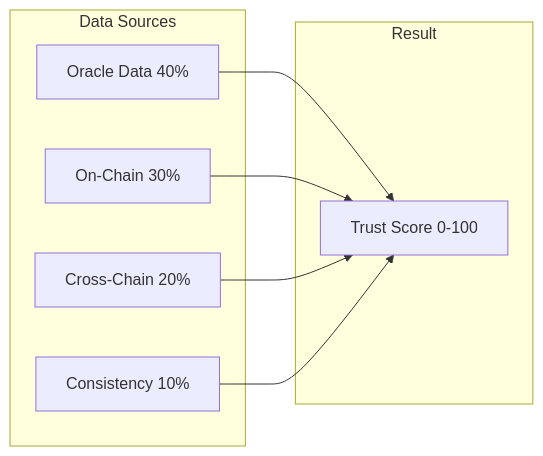
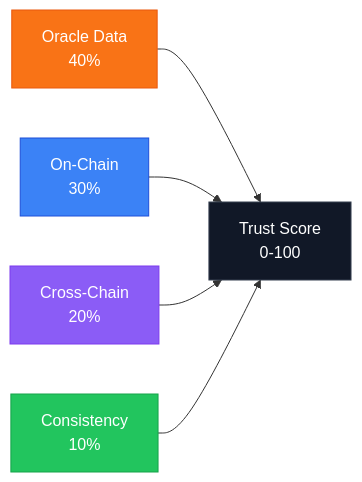
Before and after one commit to yashodipmore/VeriChain-Identity-Protocol: the fifth of 10 diagrams in Archiecture.md, drawn with Mermaid. The commit also changed other lines of this file, not shown here.

````diff
--- a/Archiecture.md
+++ b/Archiecture.md
@@ -89,18 +111,13 @@
 ```mermaid
 flowchart LR
-    subgraph INPUT[Data Sources]
-        A[Oracle Data 40%]
-        B[On-Chain 30%]
-        C[Cross-Chain 20%]
-        D[Consistency 10%]
-    end
+    A[Oracle Data<br/>40%]:::orange --> E[Trust Score<br/>0-100]:::result
+    B[On-Chain<br/>30%]:::blue --> E
+    C[Cross-Chain<br/>20%]:::purple --> E
+    D[Consistency<br/>10%]:::green --> E
 
-    subgraph OUTPUT[Result]
-        E[Trust Score 0-100]
-    end
-
-    A --> E
-    B --> E
-    C --> E
-    D --> E
+    classDef orange fill:#f97316,stroke:#ea580c,color:#fff
+    classDef blue fill:#3b82f6,stroke:#1d4ed8,color:#fff
+    classDef purple fill:#8b5cf6,stroke:#7c3aed,color:#fff
+    classDef green fill:#22c55e,stroke:#16a34a,color:#fff
+    classDef result fill:#111827,stroke:#374151,color:#fff
 ```
````
